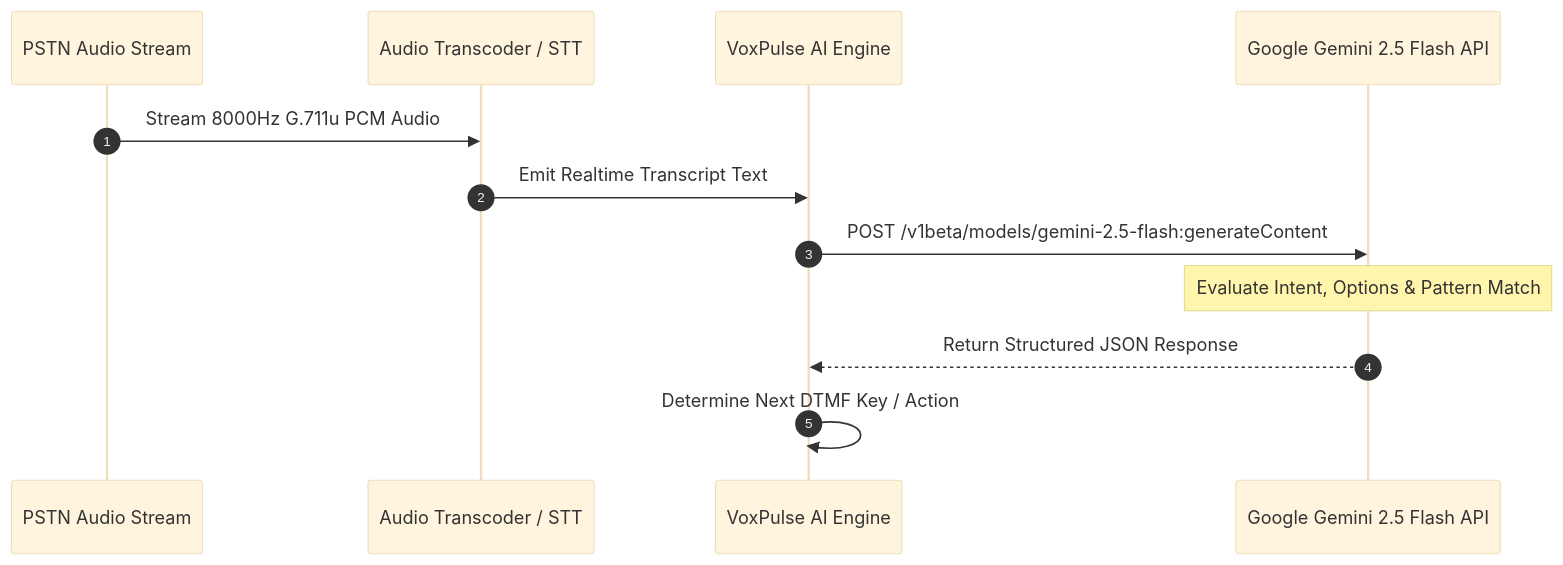
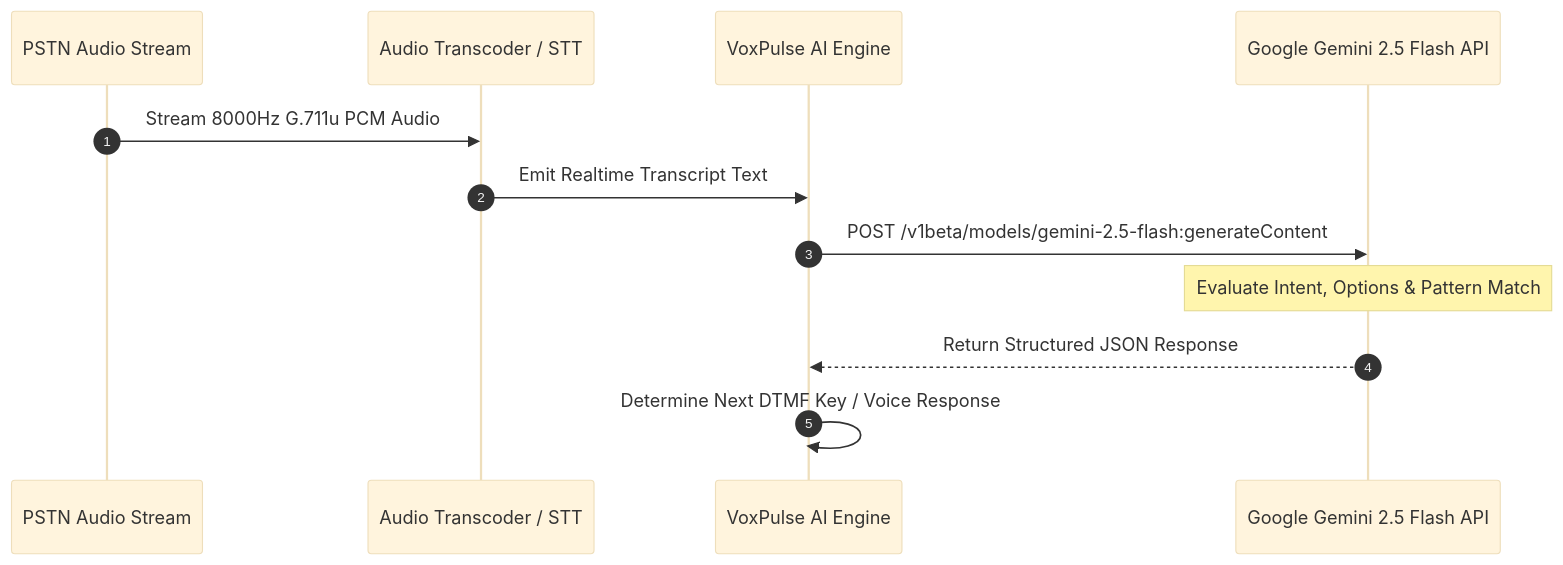
One commit to atreyayelishetti/voxpulse-ai-enterprise changed the diagram in docs/04_GEMINI_AI_NLU_AND_RCA_ARCHITECTURE.md. Above: the diagram before and after it, drawn with Mermaid (base theme). The commit also changed other lines of this file and 9 other files, not shown here.

Commit message:
docs: synchronize complete 10-file enterprise architecture documentation suite (107 modules, 27 REST endpoints, 1,500 tests)

````diff
--- a/docs/04_GEMINI_AI_NLU_AND_RCA_ARCHITECTURE.md
+++ b/docs/04_GEMINI_AI_NLU_AND_RCA_ARCHITECTURE.md
@@ -12,15 +12,15 @@
 ```mermaid
 sequenceDiagram
     autonumber
     participant PSTN as PSTN Audio Stream
     participant STT as Audio Transcoder / STT
     participant Engine as VoxPulse AI Engine
     participant Gemini as Google Gemini 2.5 Flash API
 
     PSTN ->> STT: Stream 8000Hz G.711u PCM Audio
     STT ->> Engine: Emit Realtime Transcript Text
     Engine ->> Gemini: POST /v1beta/models/gemini-2.5-flash:generateContent
     Note over Gemini: Evaluate Intent, Options & Pattern Match
     Gemini -->> Engine: Return Structured JSON Response
-    Engine ->> Engine: Determine Next DTMF Key / Action
+    Engine ->> Engine: Determine Next DTMF Key / Voice Response
 ```
````
